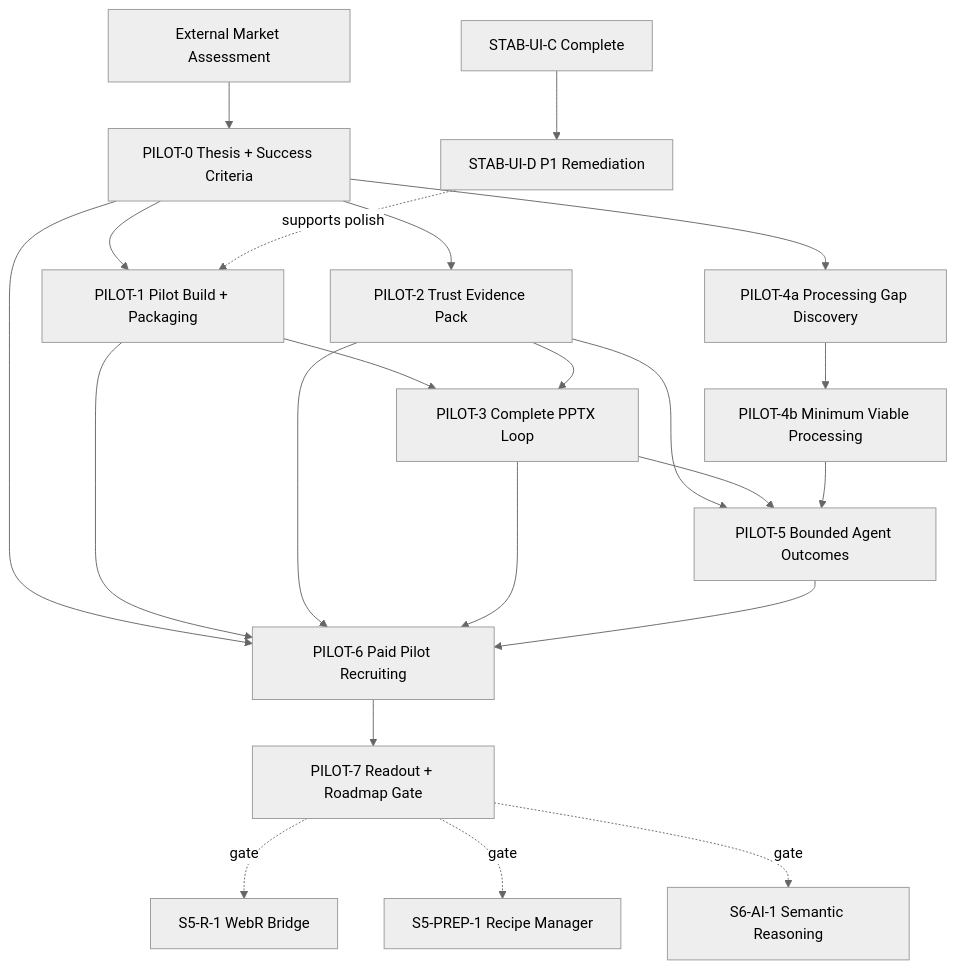
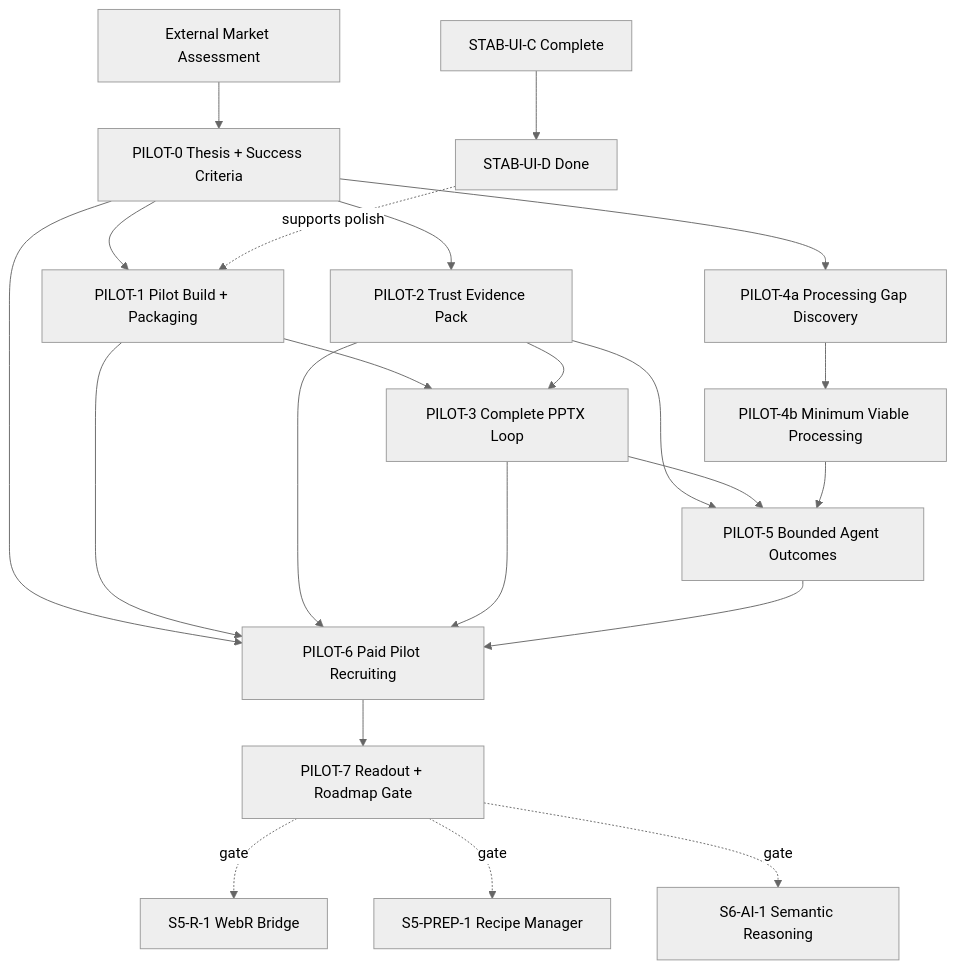
One commit to cbrown564-alt/Velocity changed the diagram in docs/tracker_00_implementation_status.md. Above: the diagram before and after it, drawn with Mermaid (neutral theme). The commit also changed other lines of this file and 7 other files, not shown here.

First line of the commit message:
Mark STAB-UI-D done with regression tests and tracker sync.

````diff
--- a/docs/tracker_00_implementation_status.md
+++ b/docs/tracker_00_implementation_status.md
@@ -38,28 +38,28 @@
 ```mermaid
 graph TD
   MARKET["External Market Assessment"] --> P0["PILOT-0 Thesis + Success Criteria"]
   P0 --> P1["PILOT-1 Pilot Build + Packaging"]
   P0 --> P2["PILOT-2 Trust Evidence Pack"]
   P0 --> P4A["PILOT-4a Processing Gap Discovery"]
   P0 --> P6["PILOT-6 Paid Pilot Recruiting"]
 
   P1 --> P3["PILOT-3 Complete PPTX Loop"]
   P2 --> P3
   P4A --> P4B["PILOT-4b Minimum Viable Processing"]
   P2 --> P5["PILOT-5 Bounded Agent Outcomes"]
   P3 --> P5
   P4B --> P5
 
   P1 --> P6
   P2 --> P6
   P3 --> P6
   P5 --> P6
   P6 --> P7["PILOT-7 Readout + Roadmap Gate"]
 
-  STABUIC["STAB-UI-C Complete"] --> STABUID["STAB-UI-D P1 Remediation"]
+  STABUIC["STAB-UI-C Complete"] --> STABUID["STAB-UI-D Done"]
   STABUID -. supports polish .-> P1
 
   P7 -. gate .-> S5R1["S5-R-1 WebR Bridge"]
   P7 -. gate .-> S5PREP1["S5-PREP-1 Recipe Manager"]
   P7 -. gate .-> S6AI1["S6-AI-1 Semantic Reasoning"]
 ```
````
